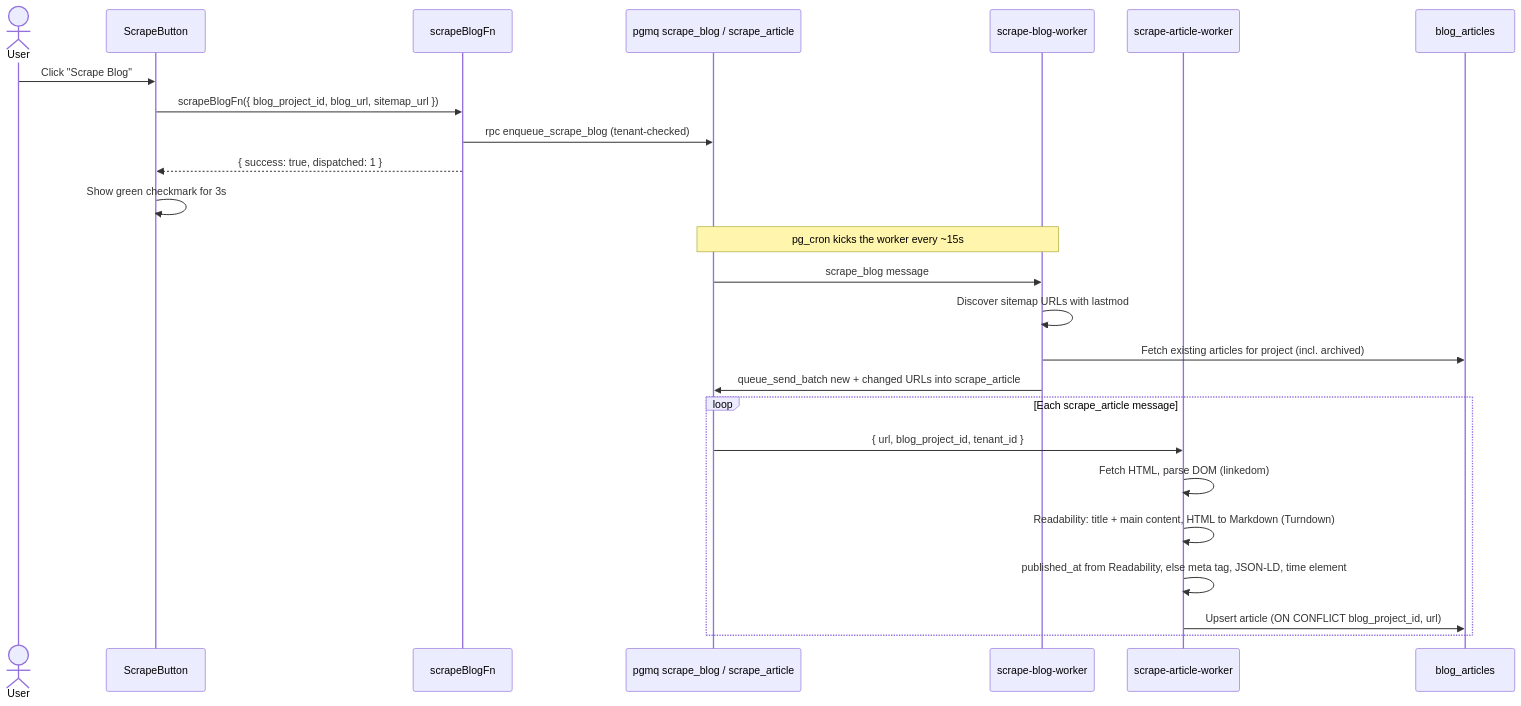
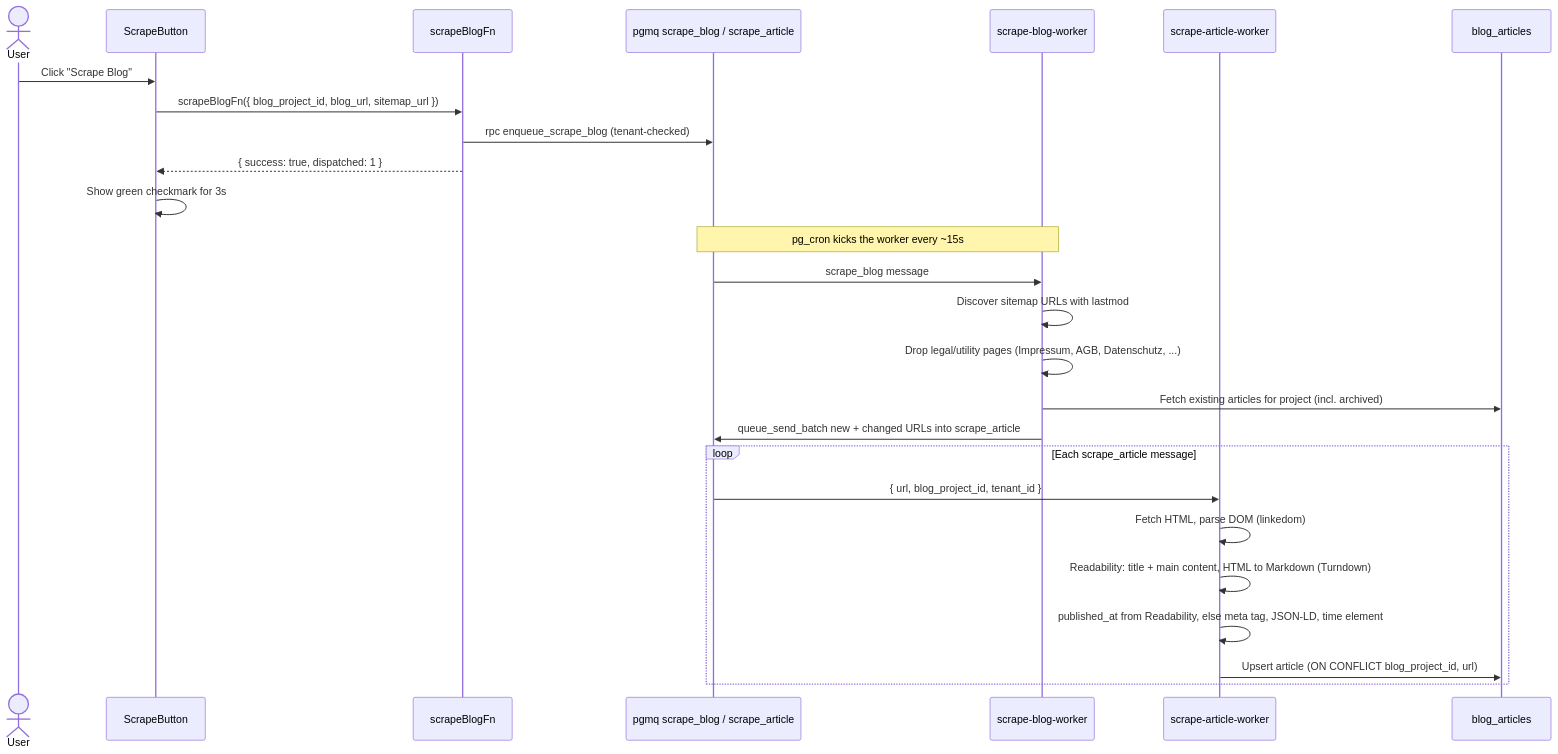
One commit to theaussie86/petra-pinterest changed the first of 4 diagrams in docs/flows/article-management.md. Above: the diagram before and after it, drawn with Mermaid. The commit also changed other lines of this file and 4 other files, not shown here.

First line of the commit message:
feat(scraping): skip legal and utility pages from the sitemap

````diff
--- a/docs/flows/article-management.md
+++ b/docs/flows/article-management.md
@@ -7,30 +7,31 @@
 ```mermaid
 sequenceDiagram
     actor User
     participant Button as ScrapeButton
     participant Server as scrapeBlogFn
     participant Queue as pgmq scrape_blog / scrape_article
     participant BlogWorker as scrape-blog-worker
     participant ArticleWorker as scrape-article-worker
     participant DB as blog_articles
 
     User->>Button: Click "Scrape Blog"
     Button->>Server: scrapeBlogFn({ blog_project_id, blog_url, sitemap_url })
     Server->>Queue: rpc enqueue_scrape_blog (tenant-checked)
     Server-->>Button: { success: true, dispatched: 1 }
     Button->>Button: Show green checkmark for 3s
 
     Note over Queue,BlogWorker: pg_cron kicks the worker every ~15s
     Queue->>BlogWorker: scrape_blog message
     BlogWorker->>BlogWorker: Discover sitemap URLs with lastmod
+    BlogWorker->>BlogWorker: Drop legal/utility pages (Impressum, AGB, Datenschutz, ...)
     BlogWorker->>DB: Fetch existing articles for project (incl. archived)
     BlogWorker->>Queue: queue_send_batch new + changed URLs into scrape_article
 
     loop Each scrape_article message
         Queue->>ArticleWorker: { url, blog_project_id, tenant_id }
         ArticleWorker->>ArticleWorker: Fetch HTML, parse DOM (linkedom)
         ArticleWorker->>ArticleWorker: Readability: title + main content, HTML to Markdown (Turndown)
         ArticleWorker->>ArticleWorker: published_at from Readability, else meta tag, JSON-LD, time element
         ArticleWorker->>DB: Upsert article (ON CONFLICT blog_project_id, url)
     end
 ```
````
